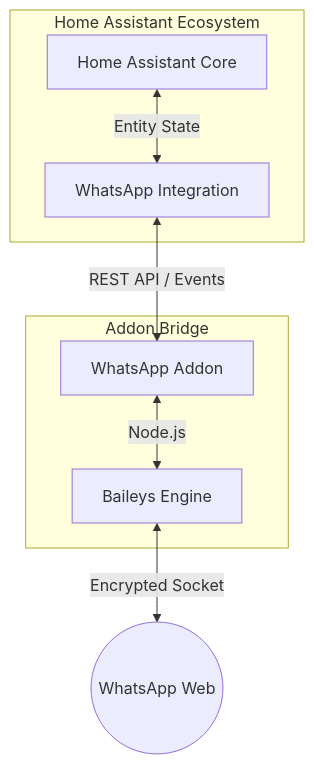
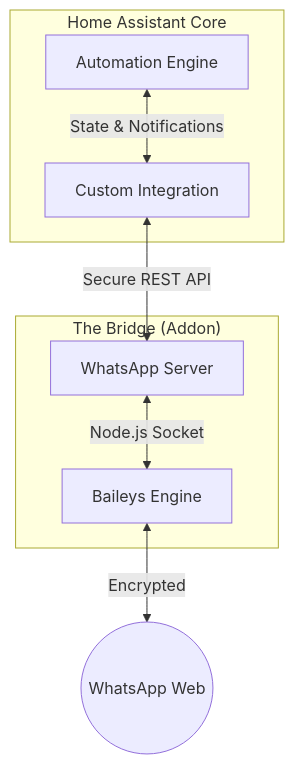
Before and after one commit to FaserF/ha-whatsapp: the diagram in docs/index.md, drawn with Mermaid. The commit also changed other lines of this file and 3 other files, not shown here.

````diff
--- a/docs/index.md
+++ b/docs/index.md
@@ -21,17 +20,17 @@
 ```mermaid
 graph TD
-    subgraph "Home Assistant Ecosystem"
-        HA[Home Assistant Core]
-        INT[WhatsApp Integration]
+    subgraph "Home Assistant Core"
+        HA[Automation Engine]
+        INT[Custom Integration]
     end
 
-    subgraph "Addon Bridge"
-        AD[WhatsApp Addon]
+    subgraph "The Bridge (Addon)"
+        AD[WhatsApp Server]
         BL[Baileys Engine]
     end
 
-    HA <-->|Entity State| INT
-    INT <-->|REST API / Events| AD
-    AD <-->|Node.js| BL
-    BL <-->|Encrypted Socket| WA((WhatsApp Web))
+    HA <-->|State & Notifications| INT
+    INT <-->|Secure REST API| AD
+    AD <-->|Node.js Socket| BL
+    BL <-->|Encrypted| WA((WhatsApp Web))
 ```
````
